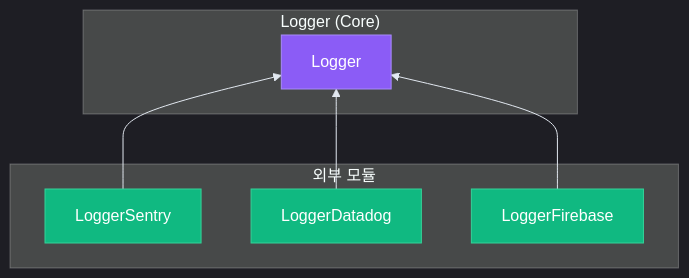
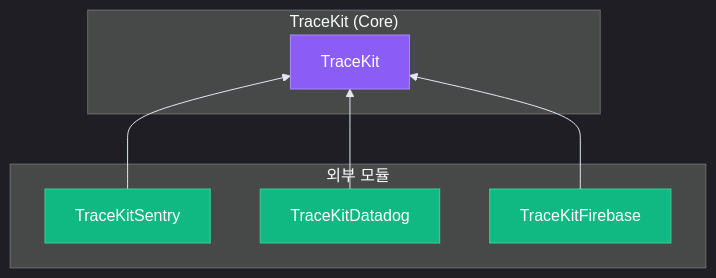
The third of 3 diagrams in Documents/02-아키텍처.md (Jimmy-Jung/TraceKit), drawn with Mermaid before and after one commit. The commit also changed other lines of this file and 9 other files, not shown here.

First line of the commit message:
docs: [문서] TraceKit 프로젝트 문서 업데이트

````diff
--- a/Documents/02-아키텍처.md
+++ b/Documents/02-아키텍처.md
@@ -308,26 +308,26 @@
 ```mermaid
 %%{init: {
   'theme': 'dark',
   'themeVariables': { 'lineColor': '#e2e8f0', 'textColor': '#f8fafc' }
 }}%%
 flowchart BT
     subgraph External["외부 모듈"]
-        Sentry["LoggerSentry"]
-        Datadog["LoggerDatadog"]
-        Firebase["LoggerFirebase"]
+        Sentry["TraceKitSentry"]
+        Datadog["TraceKitDatadog"]
+        Firebase["TraceKitFirebase"]
     end
     
-    subgraph Core["Logger (Core)"]
-        Logger["Logger"]
+    subgraph Core["TraceKit (Core)"]
+        TraceKit["TraceKit"]
     end
     
-    Sentry --> Logger
-    Datadog --> Logger
-    Firebase --> Logger
+    Sentry --> TraceKit
+    Datadog --> TraceKit
+    Firebase --> TraceKit
     
     classDef core fill:#8b5cf6,stroke:#a78bfa,color:#ffffff
     classDef ext fill:#10b981,stroke:#34d399,color:#ffffff
     
-    class Logger core
+    class TraceKit core
     class Sentry,Datadog,Firebase ext
 ```
````
